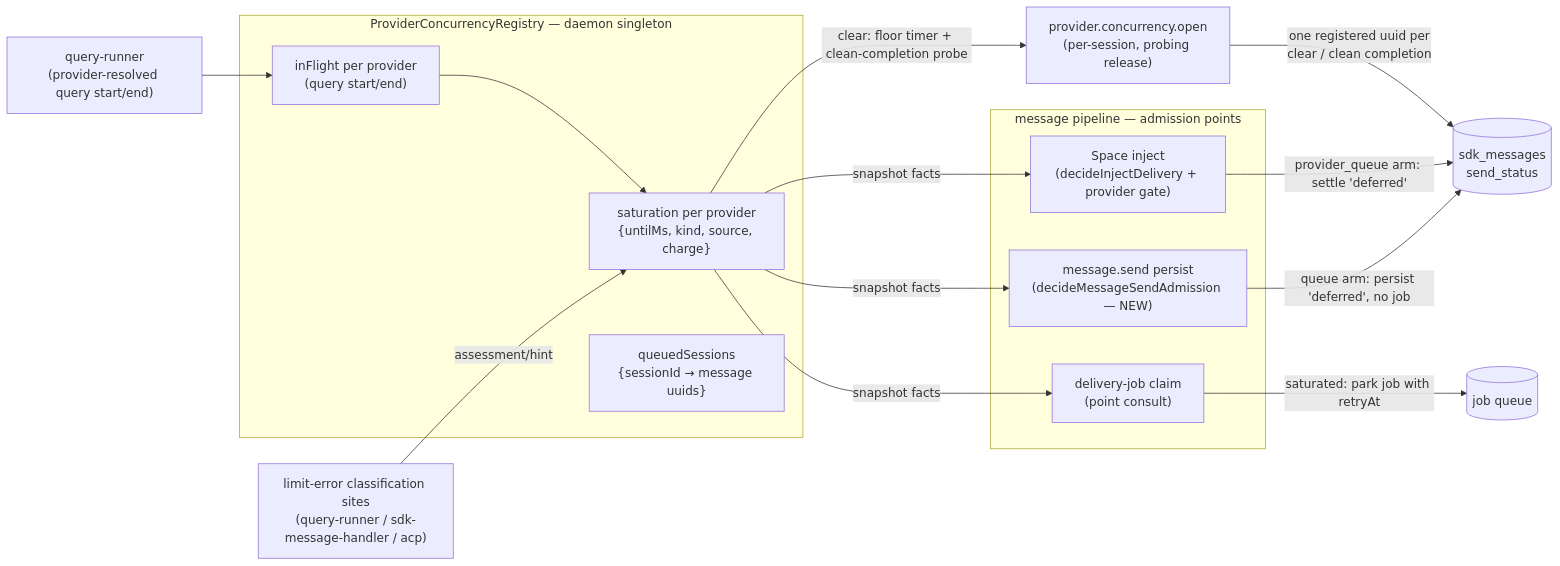
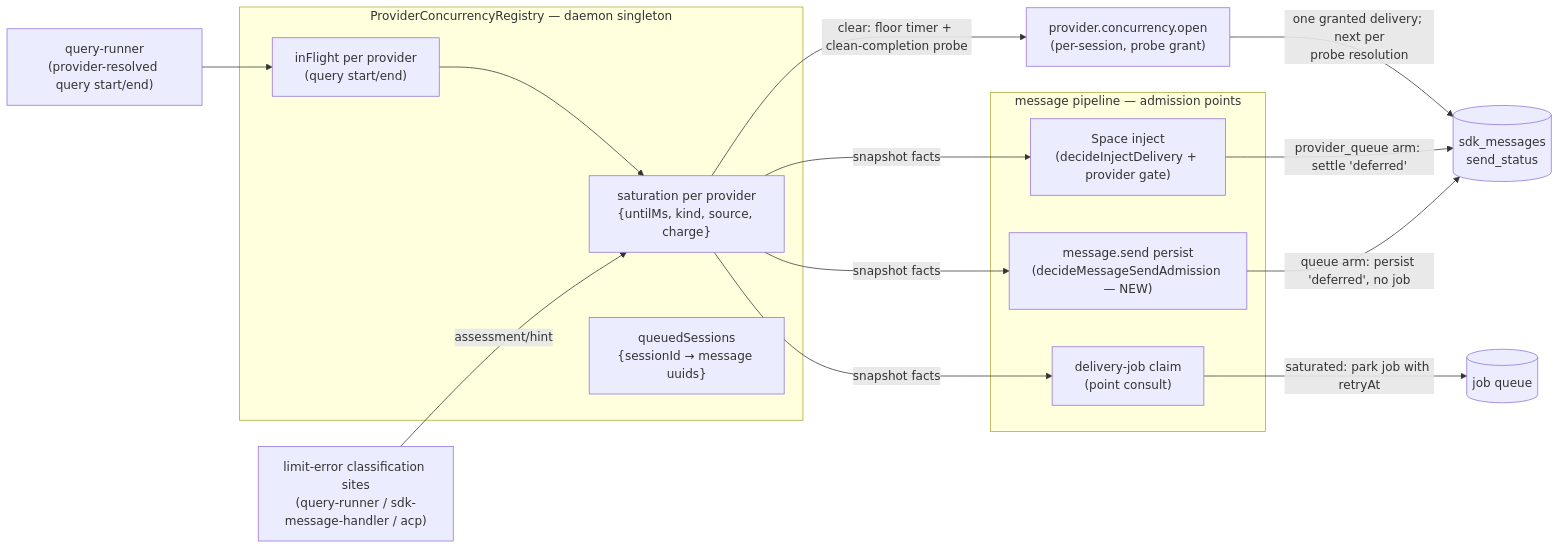
Before and after one commit to lsm/HyperNeo: the diagram in docs/design/provider-concurrency-admission-gate.md, drawn with Mermaid. The commit also changed other lines of this file, not shown here.

First line of the commit message:
docs(design): address codex round-3 — probe grant/lease lifecycle, account keying, boundary consult, marker exit

````diff
--- a/docs/design/provider-concurrency-admission-gate.md
+++ b/docs/design/provider-concurrency-admission-gate.md
@@ -121,25 +121,25 @@
 ```mermaid
 flowchart LR
   subgraph MessagePipeline[message pipeline — admission points]
     MS["message.send persist\n(decideMessageSendAdmission — NEW)"]
     INJ["Space inject\n(decideInjectDelivery + provider gate)"]
     JOB["delivery-job claim\n(point consult)"]
   end
   subgraph Registry[ProviderConcurrencyRegistry — daemon singleton]
     SAT["saturation per provider\n{untilMs, kind, source, charge}"]
     FLR["inFlight per provider\n(query start/end)"]
     Q["queuedSessions\n{sessionId → message uuids}"]
   end
   CLR["limit-error classification sites\n(query-runner / sdk-message-handler / acp)"]
   QRY["query-runner\n(provider-resolved query start/end)"]
 
   MS -->|"queue arm: persist 'deferred', no job"| ROW[("sdk_messages\nsend_status")]
   INJ -->|"provider_queue arm: settle 'deferred'"| ROW
   JOB -->|"saturated: park job with retryAt"| JQ[("job queue")]
   CLR -->|"assessment/hint"| SAT
   QRY --> FLR
   SAT -->|"snapshot facts"| MS & INJ & JOB
   FLR --> SAT
-  SAT -->|"clear: floor timer + clean-completion probe"| WAKE["provider.concurrency.open\n(per-session, probing release)"]
-  WAKE -->|"one registered uuid per\nclear / clean completion"| ROW
+  SAT -->|"clear: floor timer + clean-completion probe"| WAKE["provider.concurrency.open\n(per-session, probe grant)"]
+  WAKE -->|"one granted delivery; next per\nprobe resolution"| ROW
 ```
````
